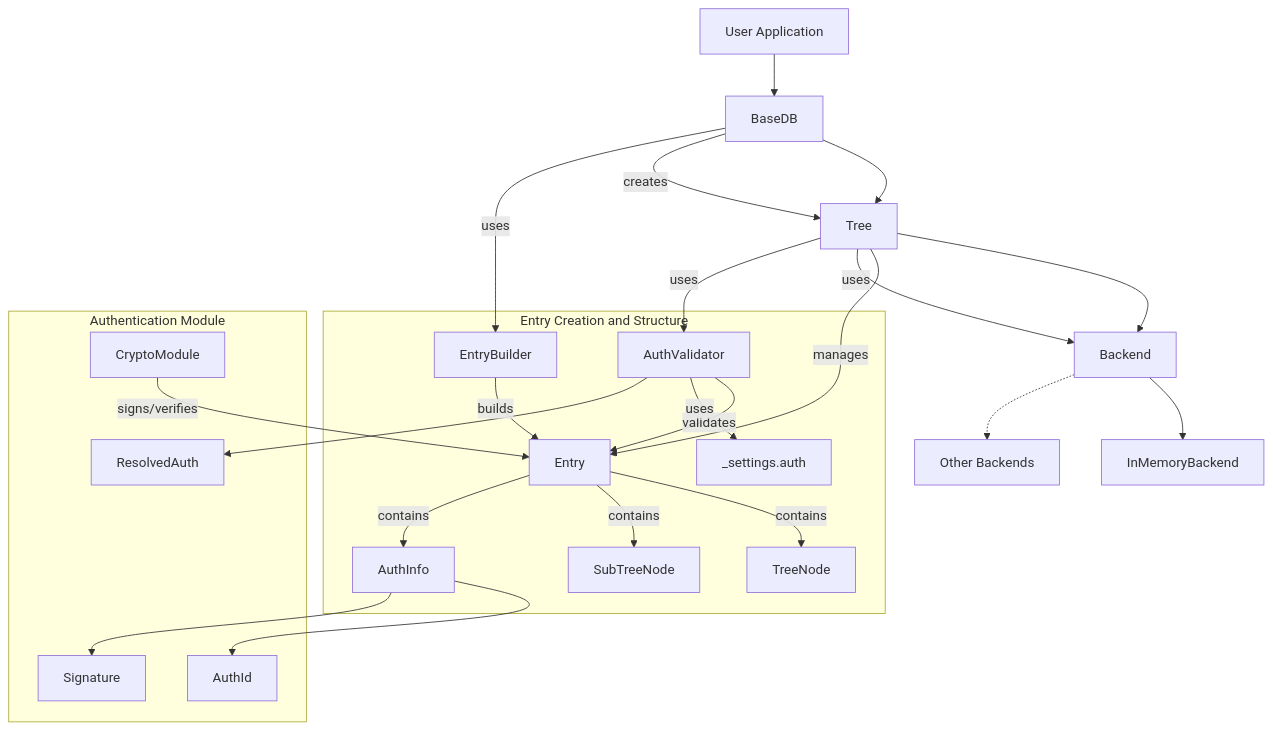
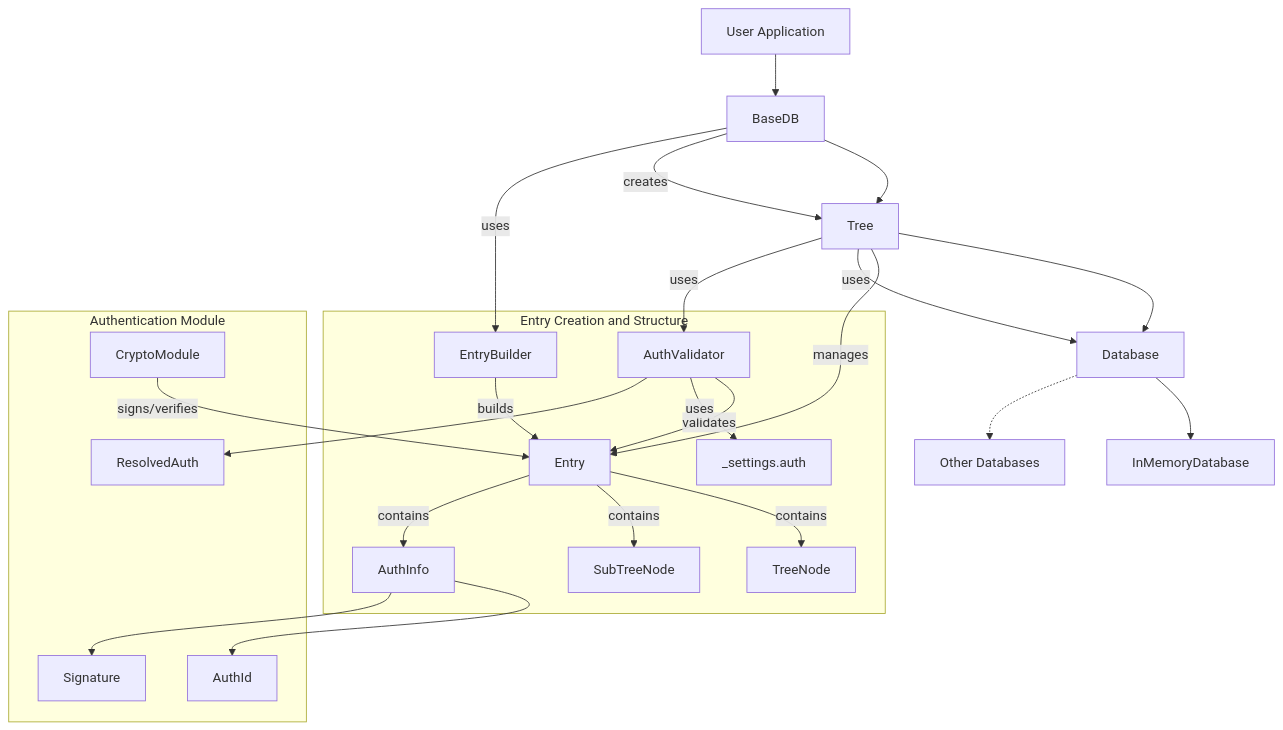
One commit to arcuru/eidetica changed the diagram in docs/src/internal/index.md. Above: the diagram before and after it, drawn with Mermaid. The commit also changed 18 other files, not shown here.

Commit message:
docs: Rename Backend and InMemoryBackend

````diff
--- a/docs/src/internal/index.md
+++ b/docs/src/internal/index.md
@@ -9,30 +9,30 @@
 ```mermaid
 graph TD
     A[User Application] --> B[BaseDB]
     B --> C[Tree]
-    C --> E[Backend]
-    E --> F[InMemoryBackend]
-    E -.-> G[Other Backends]
+    C --> E[Database]
+    E --> F[InMemoryDatabase]
+    E -.-> G[Other Databases]
 
     subgraph Entry Creation and Structure
         H[EntryBuilder] -- builds --> D[Entry]
         D -- contains --> I[TreeNode]
         D -- contains --> J[SubTreeNode]
         D -- contains --> K[AuthInfo]
         L[AuthValidator] -- validates --> D
         L -- uses --> M[_settings.auth]
     end
 
     subgraph Authentication Module
         K --> N[AuthId]
         K --> O[Signature]
         L --> P[ResolvedAuth]
         Q[CryptoModule] -- signs/verifies --> D
     end
 
     B -- creates --> C
     C -- manages --> D
     B -- uses --> H
     C -- uses --> E
     C -- uses --> L
 ```
````
